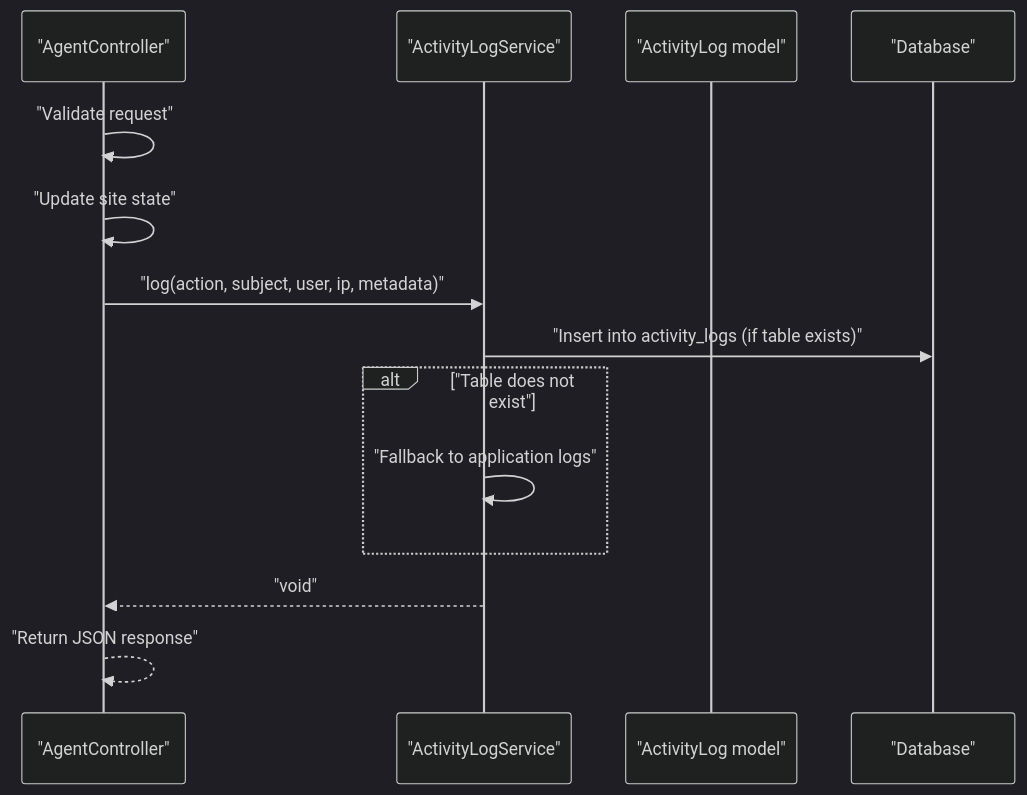
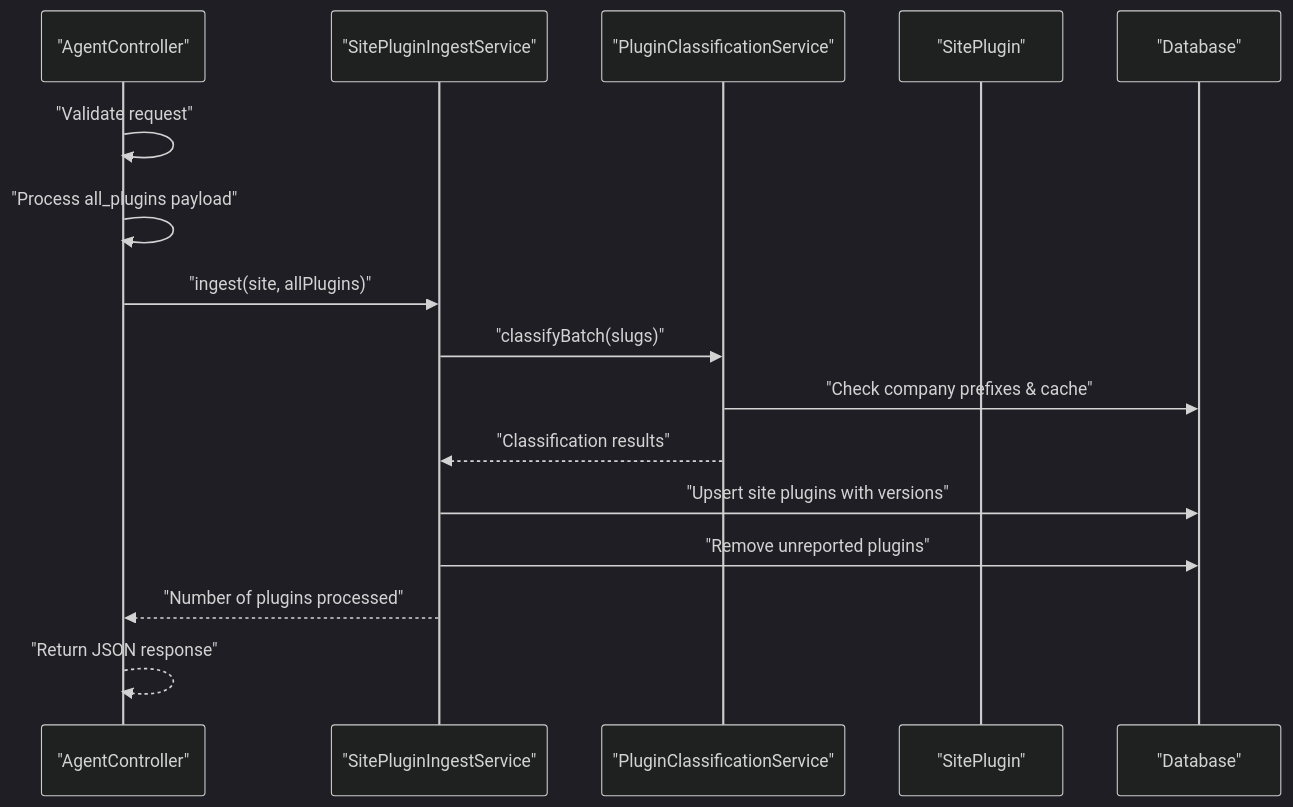
The second of 12 diagrams in .qoder/repowiki/en/content/Backend Architecture (Laravel)/Business Logic Services.md (FCS-WP/website_portal), drawn with Mermaid (dark theme) before and after one commit. The commit also changed other lines of this file and 30 other files, not shown here.

````diff
--- a/.qoder/repowiki/en/content/Backend Architecture (Laravel)/Business Logic Services.md
+++ b/.qoder/repowiki/en/content/Backend Architecture (Laravel)/Business Logic Services.md
@@ -138,16 +206,18 @@
 ```mermaid
 sequenceDiagram
 participant C as "AgentController"
-participant S as "ActivityLogService"
-participant M as "ActivityLog model"
+participant SPI as "SitePluginIngestService"
+participant PCS as "PluginClassificationService"
+participant SP as "SitePlugin"
 participant DB as "Database"
 C->>C : "Validate request"
-C->>C : "Update site state"
-C->>S : "log(action, subject, user, ip, metadata)"
-S->>DB : "Insert into activity_logs (if table exists)"
-alt "Table does not exist"
-S->>S : "Fallback to application logs"
-end
-S-->>C : "void"
+C->>C : "Process all_plugins payload"
+C->>SPI : "ingest(site, allPlugins)"
+SPI->>PCS : "classifyBatch(slugs)"
+PCS->>DB : "Check company prefixes & cache"
+PCS-->>SPI : "Classification results"
+SPI->>DB : "Upsert site plugins with versions"
+SPI->>DB : "Remove unreported plugins"
+SPI-->>C : "Number of plugins processed"
 C-->>C : "Return JSON response"
 ```
````
